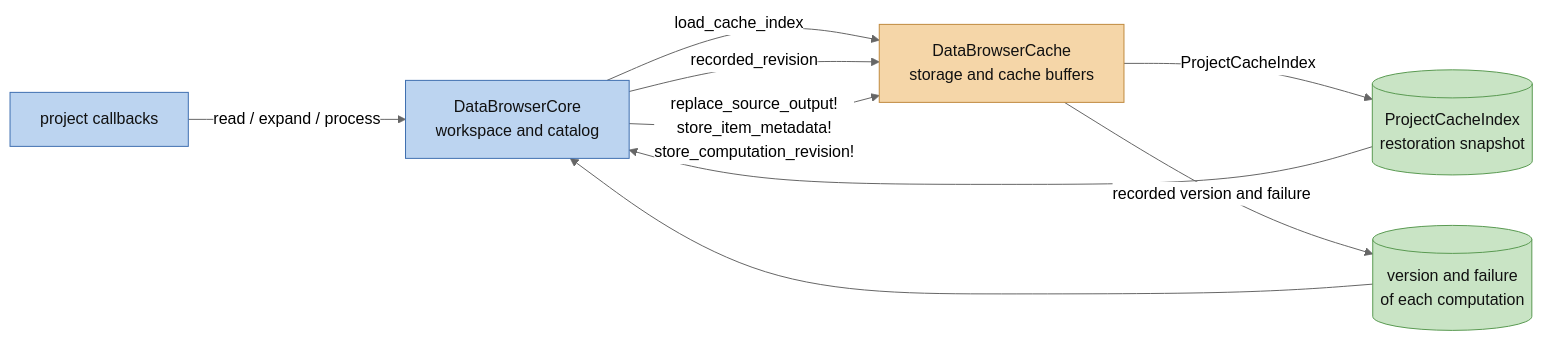
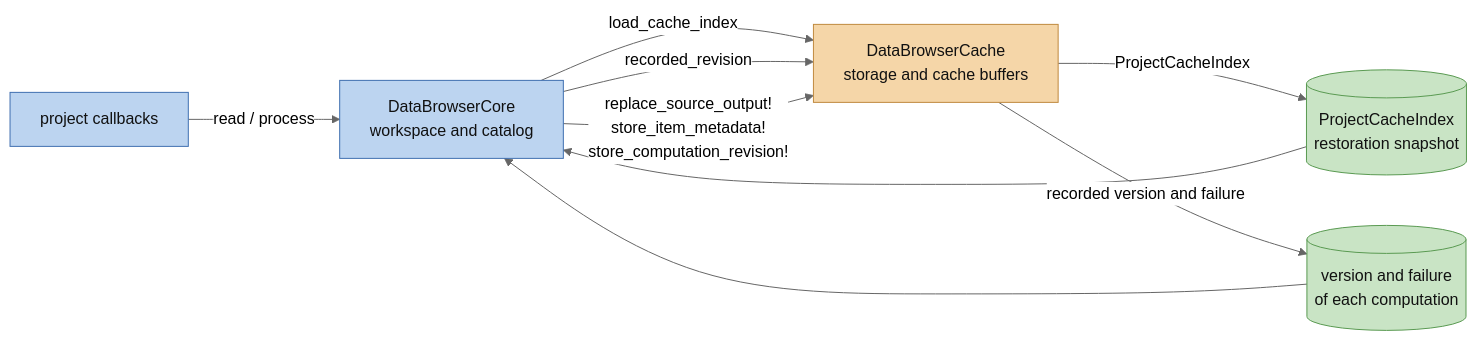
The third of 5 diagrams in docs/ARCHITECTURE.md (digiefel/DataBrowser), drawn with Mermaid (neutral theme) before and after one commit. The commit also changed other lines of this file and 62 other files, not shown here.

````diff
--- a/docs/ARCHITECTURE.md
+++ b/docs/ARCHITECTURE.md
@@ -233,24 +215,24 @@
 ```mermaid
 flowchart LR
     core["DataBrowserCore<br/>workspace and catalog"]
     cache["DataBrowserCache<br/>storage and cache buffers"]
     snapshot[("ProjectCacheIndex<br/>restoration snapshot")]
     records[("version and failure<br/>of each computation")]
     source["project callbacks"]
 
     core -->|"load_cache_index"| cache
     cache -->|"ProjectCacheIndex"| snapshot
     snapshot --> core
     core -->|"recorded_revision"| cache
     cache -->|"recorded version and failure"| records
     records --> core
     core -->|"replace_source_output!<br/>store_item_metadata!<br/>store_computation_revision!"| cache
-    source -->|"read / expand / process"| core
+    source -->|"read / process"| core
 
     classDef coreC fill:#bcd4f0,stroke:#3f6fb0,color:#111
     classDef cacheC fill:#f5d6a8,stroke:#c08a3f,color:#111
     classDef stateC fill:#c9e4c5,stroke:#5a9a52,color:#111
     class core,source coreC
     class cache cacheC
     class snapshot,records stateC
 ```
````
